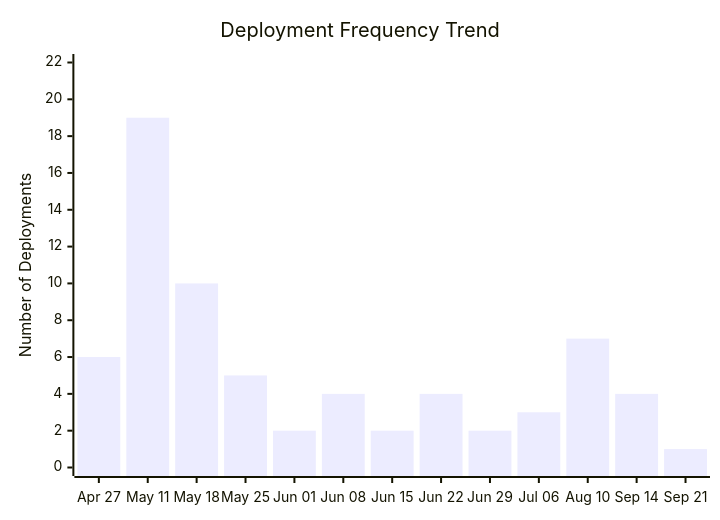
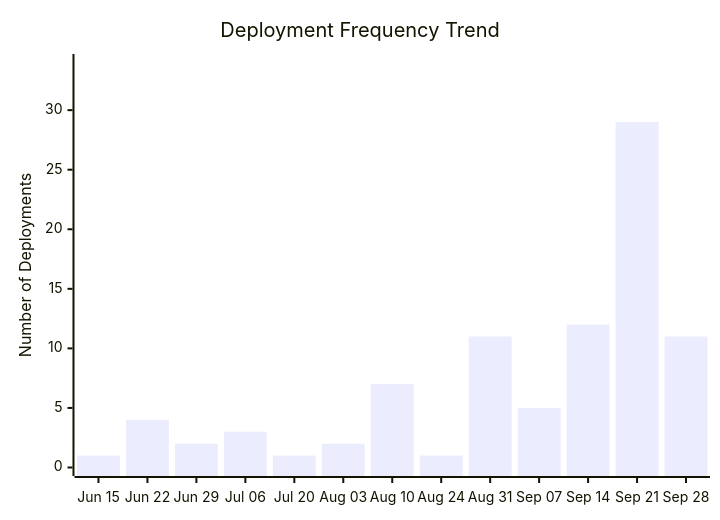
The third of 4 diagrams in docs/ci-cd/dora-summary.md (ukma-cs-ssdm-2025/rate-ukma), drawn with Mermaid before and after one commit. The commit also changed other lines of this file, not shown here.

````diff
--- a/docs/ci-cd/dora-summary.md
+++ b/docs/ci-cd/dora-summary.md
@@ -55,7 +55,7 @@
 ```mermaid
 xychart-beta
     title "Deployment Frequency Trend"
-    x-axis ["Apr 27", "May 11", "May 18", "May 25", "Jun 01", "Jun 08", "Jun 15", "Jun 22", "Jun 29", "Jul 06", "Aug 10", "Sep 14", "Sep 21"]
-    y-axis "Number of Deployments" 0 --> 22
-    bar [6.00, 19.00, 10.00, 5.00, 2.00, 4.00, 2.00, 4.00, 2.00, 3.00, 7.00, 4.00, 1.00]
+    x-axis ["Jun 15", "Jun 22", "Jun 29", "Jul 06", "Jul 20", "Aug 03", "Aug 10", "Aug 24", "Aug 31", "Sep 07", "Sep 14", "Sep 21", "Sep 28"]
+    y-axis "Number of Deployments" 0 --> 34
+    bar [1.00, 4.00, 2.00, 3.00, 1.00, 2.00, 7.00, 1.00, 11.00, 5.00, 12.00, 29.00, 11.00]
 ```
````
